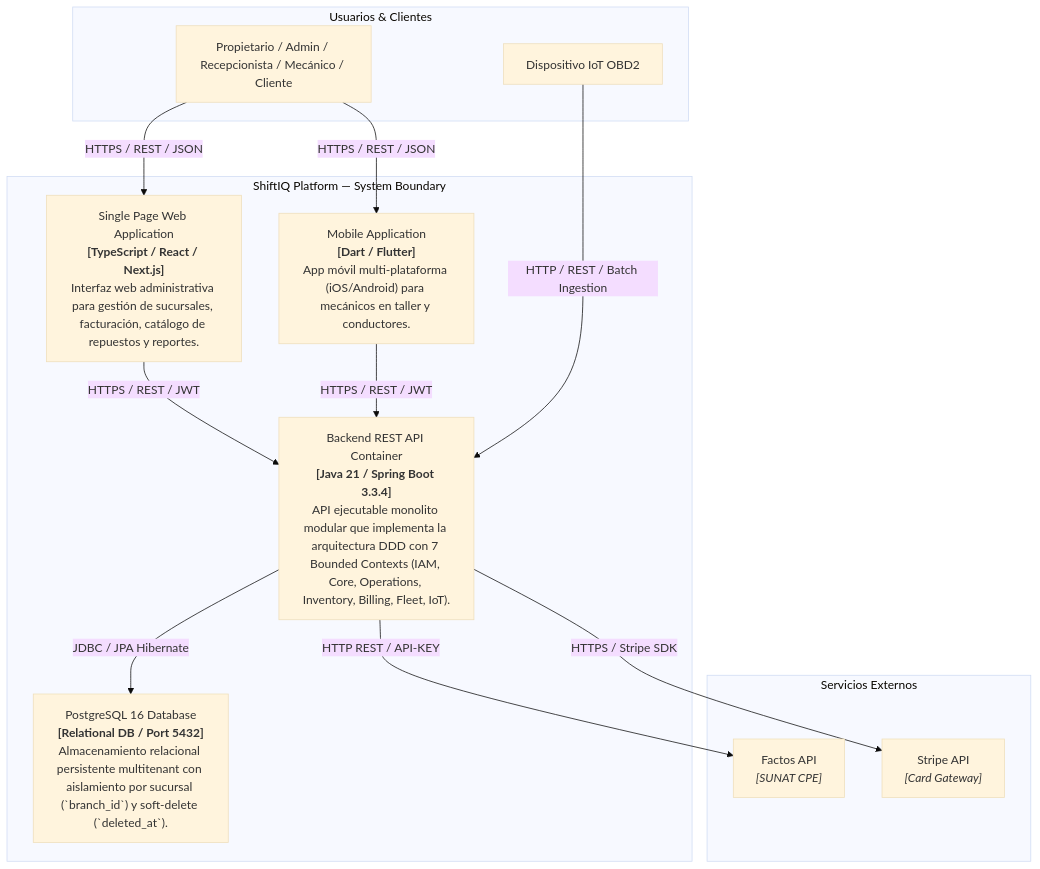
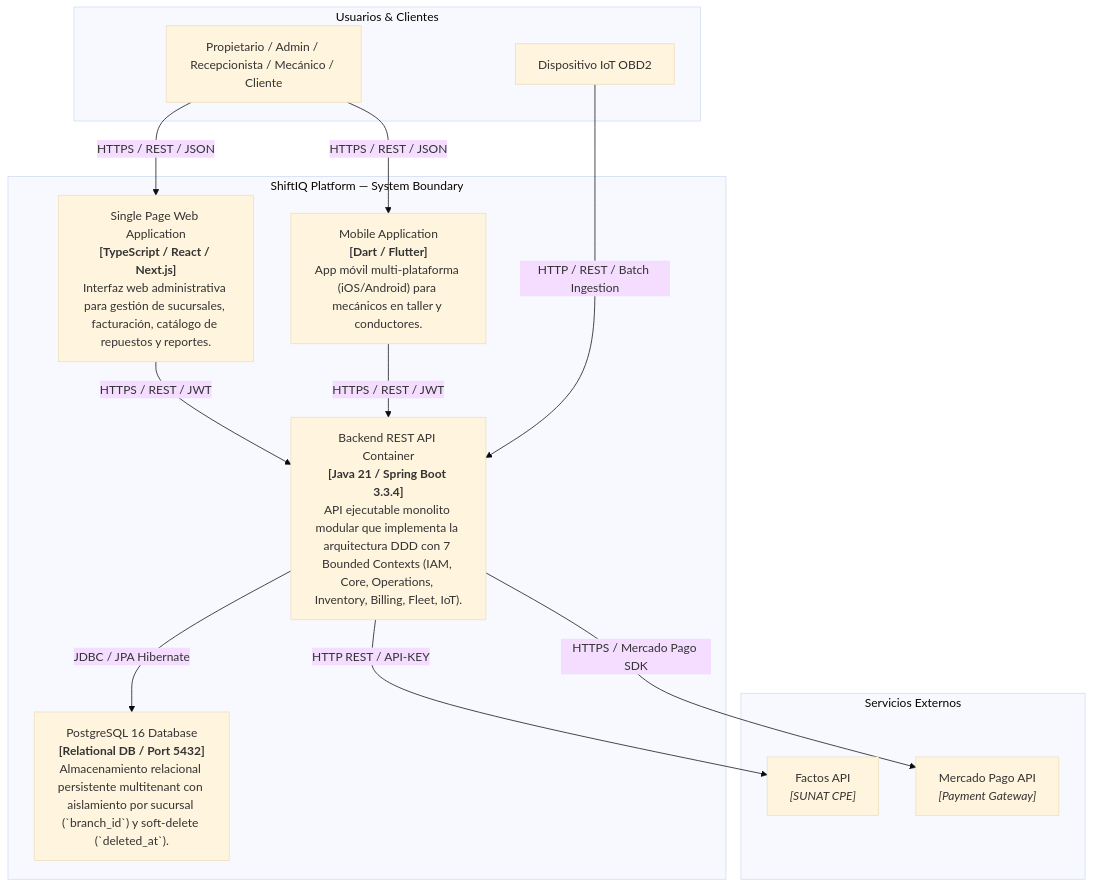
The second of 2 diagrams in docs/c4-model-architecture.md (tux-logic/shiftiq-platform), drawn with Mermaid (base theme) before and after one commit. The commit also changed other lines of this file and 5 other files, not shown here.

Commit message:
test(billing): add unit tests for Mercado Pago gateway, controller and checkout replay prevention

````diff
--- a/docs/c4-model-architecture.md
+++ b/docs/c4-model-architecture.md
@@ -56,33 +57,33 @@
 ```mermaid
 graph TB
     subgraph Users ["Usuarios & Clientes"]
         OwnerUser["Propietario / Admin / Recepcionista / Mecánico / Cliente"]
         ObdDevice["Dispositivo IoT OBD2"]
     end
 
     subgraph ShiftIQ_Platform_System ["ShiftIQ Platform — System Boundary"]
         WebApp["Single Page Web Application<br><b>[TypeScript / React / Next.js]</b><br>Interfaz web administrativa para gestión de sucursales, facturación, catálogo de repuestos y reportes."]
         MobileApp["Mobile Application<br><b>[Dart / Flutter]</b><br>App móvil multi-plataforma (iOS/Android) para mecánicos en taller y conductores."]
         
         ApiContainer["Backend REST API Container<br><b>[Java 21 / Spring Boot 3.3.4]</b><br>API ejecutable monolito modular que implementa la arquitectura DDD con 7 Bounded Contexts (IAM, Core, Operations, Inventory, Billing, Fleet, IoT)."]
         
         Database["PostgreSQL 16 Database<br><b>[Relational DB / Port 5432]</b><br>Almacenamiento relacional persistente multitenant con aislamiento por sucursal (`branch_id`) y soft-delete (`deleted_at`)."]
     end
 
     subgraph External_Services ["Servicios Externos"]
         FactosService["Factos API<br><i>[SUNAT CPE]</i>"]
-        StripeService["Stripe API<br><i>[Card Gateway]</i>"]
+        MercadoPagoService["Mercado Pago API<br><i>[Payment Gateway]</i>"]
     end
 
     OwnerUser -->|"HTTPS / REST / JSON"| WebApp
     OwnerUser -->|"HTTPS / REST / JSON"| MobileApp
 
     WebApp -->|"HTTPS / REST / JWT"| ApiContainer
     MobileApp -->|"HTTPS / REST / JWT"| ApiContainer
     ObdDevice -->|"HTTP / REST / Batch Ingestion"| ApiContainer
 
     ApiContainer -->|"JDBC / JPA Hibernate"| Database
 
     ApiContainer -->|"HTTP REST / API-KEY"| FactosService
-    ApiContainer -->|"HTTPS / Stripe SDK"| StripeService
+    ApiContainer -->|"HTTPS / Mercado Pago SDK"| MercadoPagoService
 ```
````
